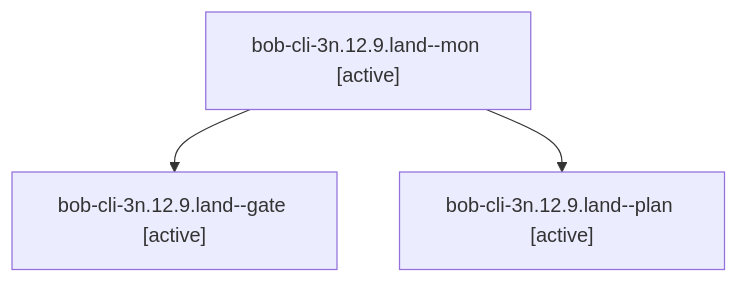
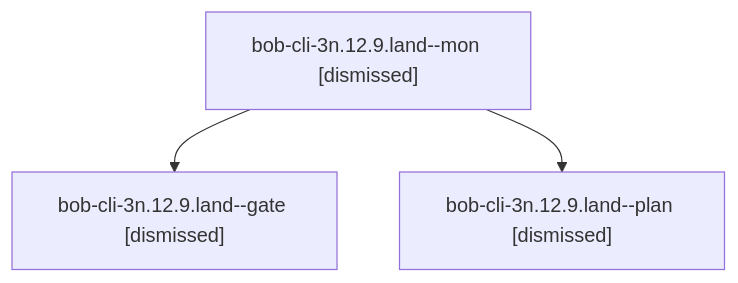
One commit to bobs-org/bob-cli--agents changed the diagram in sessions/bbugyi200.athena.bob-cli-3n.12.9.land.md. Above: the diagram before and after it, drawn with Mermaid. The commit also changed other lines of this file and 103 other files, not shown here.

````diff
--- a/sessions/bbugyi200.athena.bob-cli-3n.12.9.land.md
+++ b/sessions/bbugyi200.athena.bob-cli-3n.12.9.land.md
@@ -9,8 +9,8 @@
 ```mermaid
 flowchart TD
-  n0["bob-cli-3n.12.9.land--mon [active]"]
-  n1["bob-cli-3n.12.9.land--gate [active]"]
+  n0["bob-cli-3n.12.9.land--mon [dismissed]"]
+  n1["bob-cli-3n.12.9.land--gate [dismissed]"]
   n0 --> n1
-  n2["bob-cli-3n.12.9.land--plan [active]"]
+  n2["bob-cli-3n.12.9.land--plan [dismissed]"]
   n0 --> n2
 ```
````
